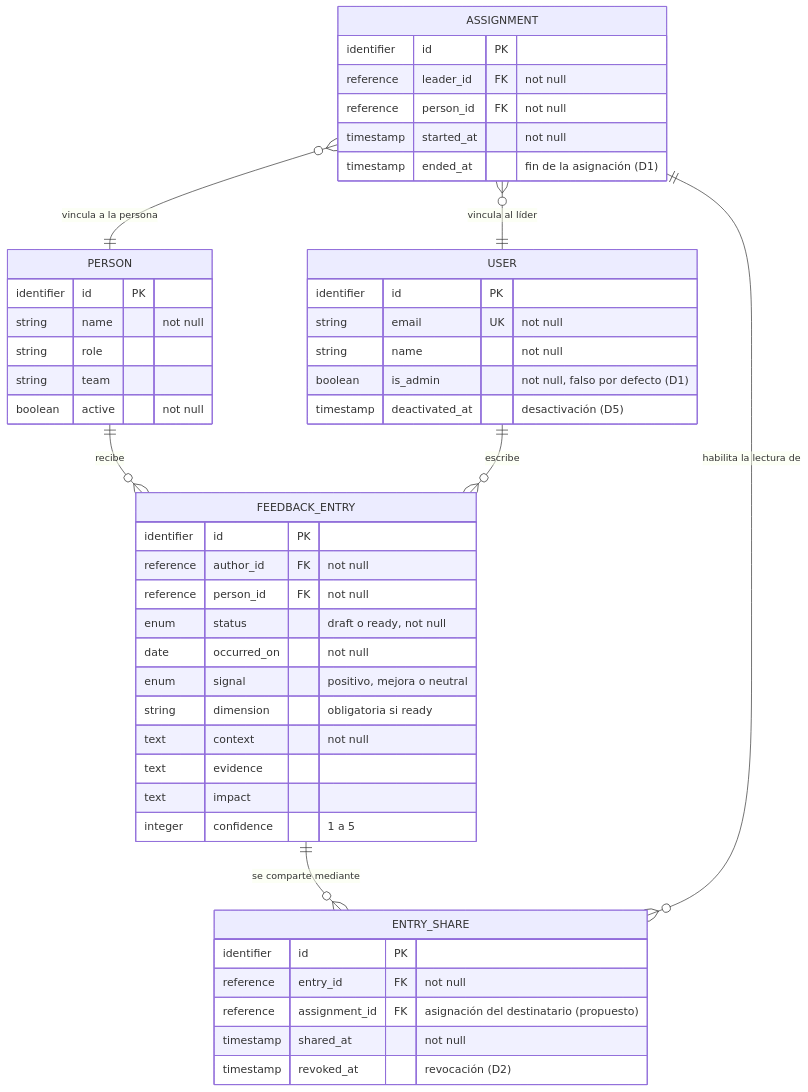
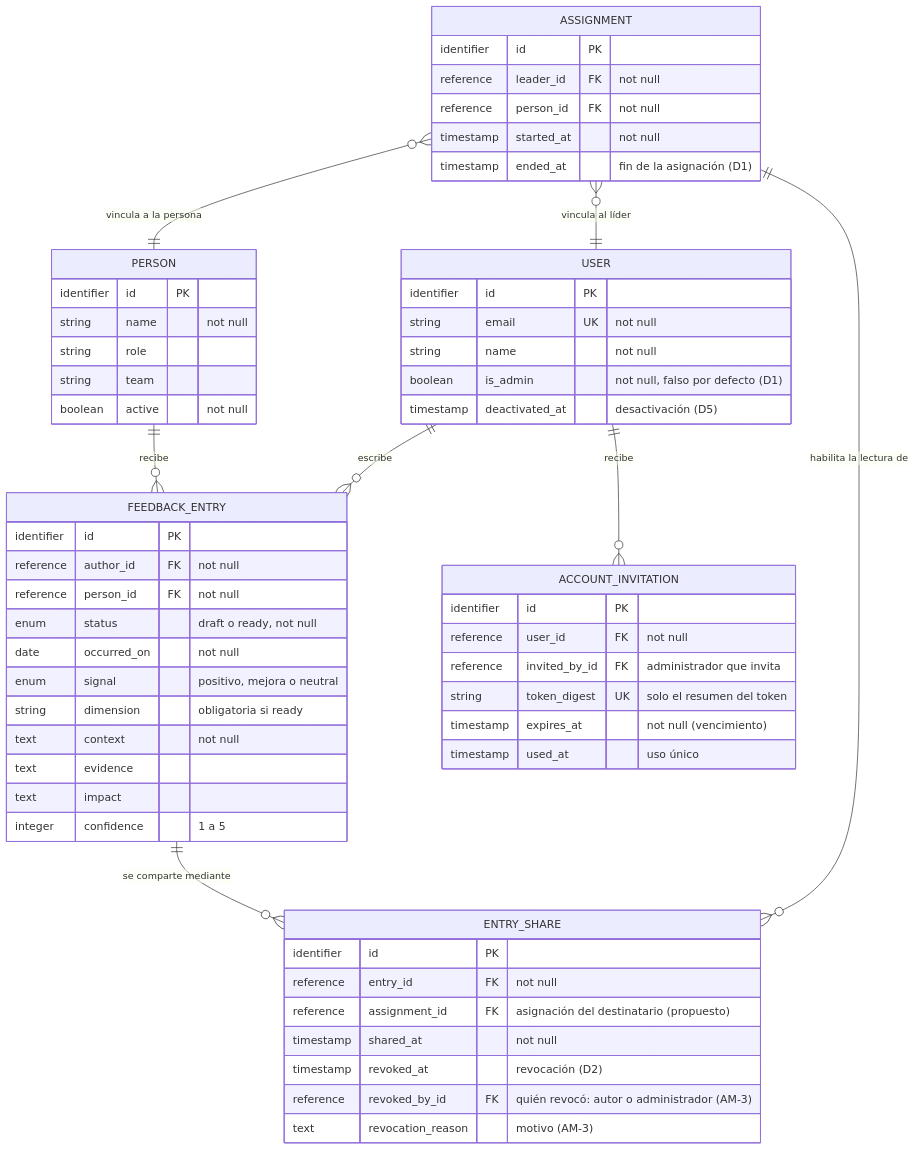
Before and after one commit to pablo-wpify/ensayo-openspec-growth-log: the fourth of 4 diagrams in README.md, drawn with Mermaid. The commit also changed other lines of this file and 7 other files, not shown here.

````diff
--- a/README.md
+++ b/README.md
@@ -414,50 +432,61 @@
 ```mermaid
 erDiagram
   ASSIGNMENT }o--|| PERSON : "vincula a la persona"
   ASSIGNMENT }o--|| USER : "vincula al líder"
   PERSON ||--o{ FEEDBACK_ENTRY : "recibe"
   USER ||--o{ FEEDBACK_ENTRY : "escribe"
   FEEDBACK_ENTRY ||--o{ ENTRY_SHARE : "se comparte mediante"
   ASSIGNMENT ||--o{ ENTRY_SHARE : "habilita la lectura de"
+  USER ||--o{ ACCOUNT_INVITATION : "recibe"
   USER {
     identifier id PK
     string email UK "not null"
     string name "not null"
     boolean is_admin "not null, falso por defecto (D1)"
     timestamp deactivated_at "desactivación (D5)"
   }
   PERSON {
     identifier id PK
     string name "not null"
     string role
     string team
     boolean active "not null"
   }
   ASSIGNMENT {
     identifier id PK
     reference leader_id FK "not null"
     reference person_id FK "not null"
     timestamp started_at "not null"
     timestamp ended_at "fin de la asignación (D1)"
   }
   FEEDBACK_ENTRY {
     identifier id PK
     reference author_id FK "not null"
     reference person_id FK "not null"
     enum status "draft o ready, not null"
     date occurred_on "not null"
     enum signal "positivo, mejora o neutral"
     string dimension "obligatoria si ready"
     text context "not null"
     text evidence
     text impact
     integer confidence "1 a 5"
   }
   ENTRY_SHARE {
     identifier id PK
     reference entry_id FK "not null"
     reference assignment_id FK "asignación del destinatario (propuesto)"
     timestamp shared_at "not null"
     timestamp revoked_at "revocación (D2)"
+    reference revoked_by_id FK "quién revocó: autor o administrador (AM-3)"
+    text revocation_reason "motivo (AM-3)"
+  }
+  ACCOUNT_INVITATION {
+    identifier id PK
+    reference user_id FK "not null"
+    reference invited_by_id FK "administrador que invita"
+    string token_digest UK "solo el resumen del token"
+    timestamp expires_at "not null (vencimiento)"
+    timestamp used_at "uso único"
   }
 ```
````
